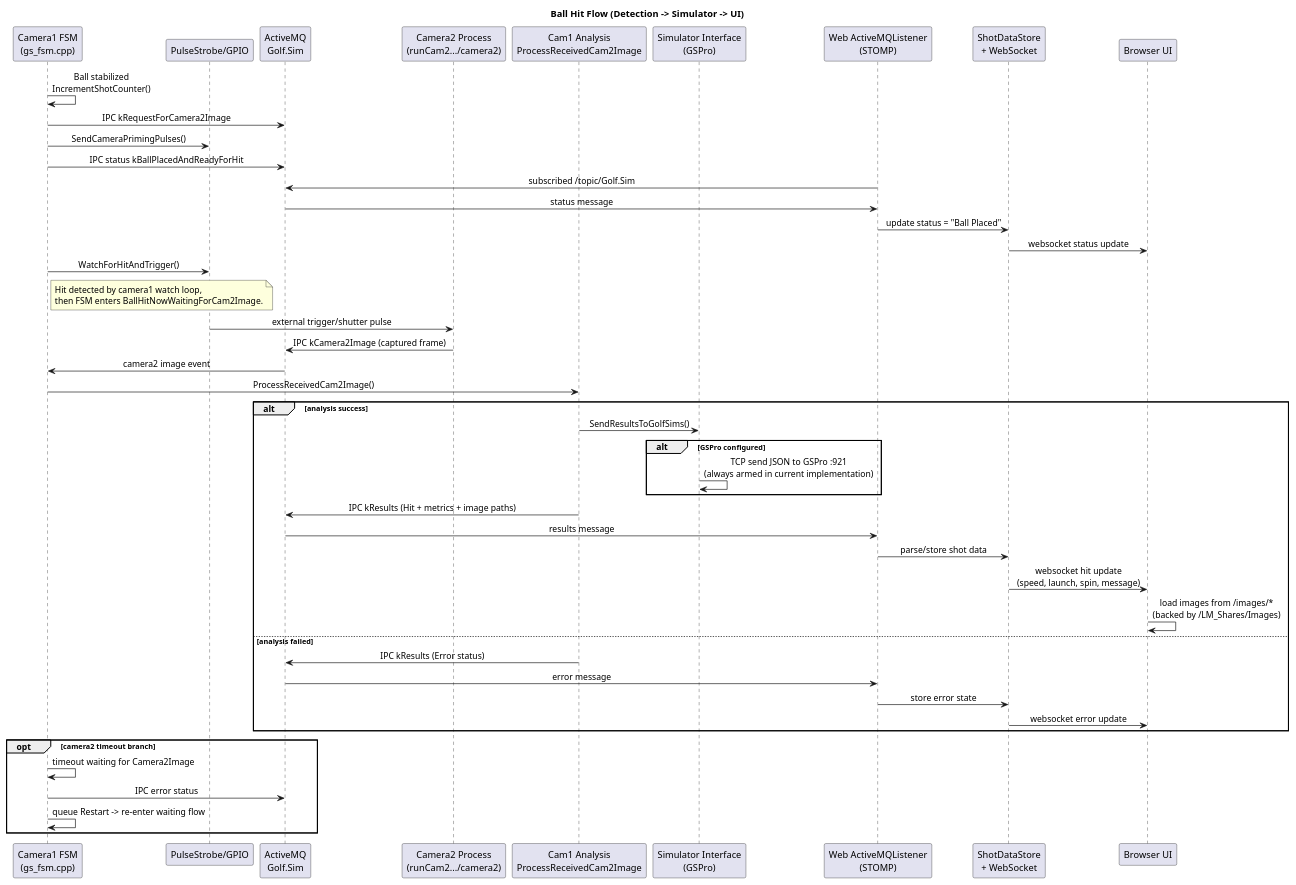
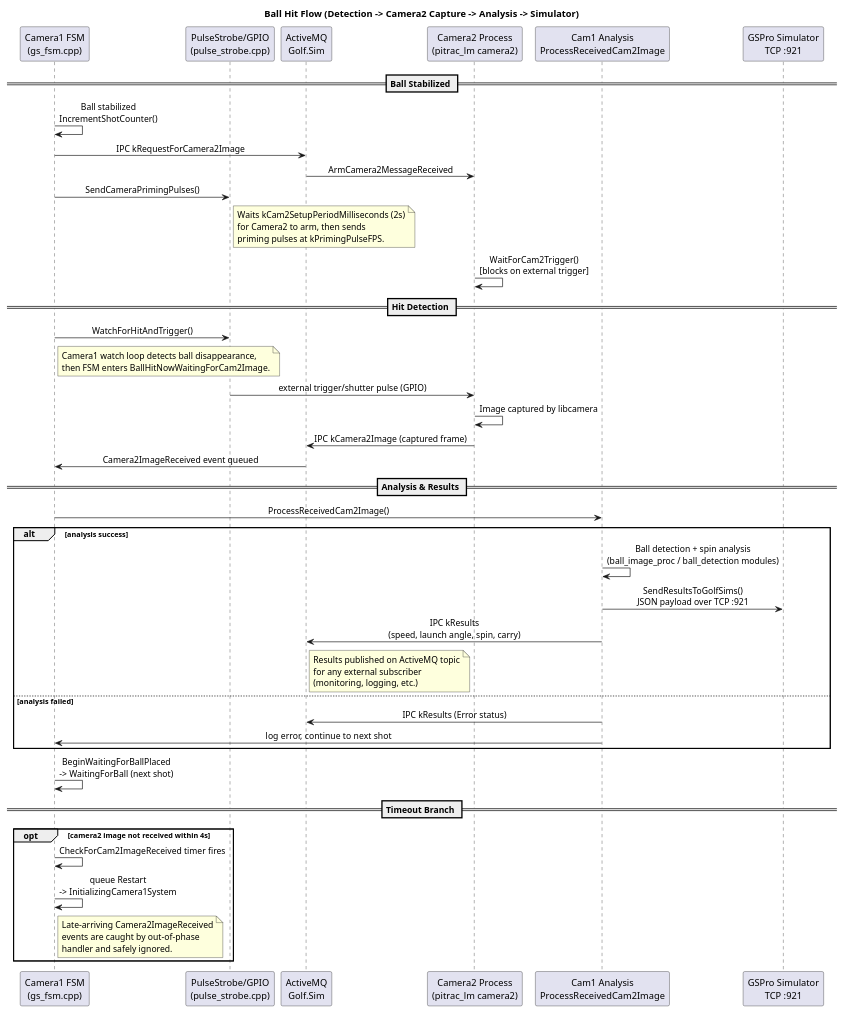
Before and after one commit to digitalhand/pitrac-light: the diagram in assets/diagram/golf-simulator-ball-hit-flow.puml, drawn with PlantUML. The commit also changed 20 other files, not shown here.

```diff
--- a/assets/diagram/golf-simulator-ball-hit-flow.puml
+++ b/assets/diagram/golf-simulator-ball-hit-flow.puml
@@ -1,63 +1,77 @@
 @startuml
-title Ball Hit Flow (Detection -> Simulator -> UI)
+title Ball Hit Flow (Detection -> Camera2 Capture -> Analysis -> Simulator)
 
 skinparam shadowing false
 skinparam backgroundColor white
 skinparam sequenceMessageAlign center
 skinparam responseMessageBelowArrow true
 
 participant "Camera1 FSM\n(gs_fsm.cpp)" as FSM
-participant "PulseStrobe/GPIO" as STROBE
+participant "PulseStrobe/GPIO\n(pulse_strobe.cpp)" as STROBE
 participant "ActiveMQ\nGolf.Sim" as MQ
-participant "Camera2 Process\n(runCam2.../camera2)" as CAM2
+participant "Camera2 Process\n(pitrac_lm camera2)" as CAM2
 participant "Cam1 Analysis\nProcessReceivedCam2Image" as ANALYSIS
-participant "Simulator Interface\n(GSPro)" as SIM
-participant "Web ActiveMQListener\n(STOMP)" as WEBL
-participant "ShotDataStore\n+ WebSocket" as WEB
-participant "Browser UI" as UI
+participant "GSPro Simulator\nTCP :921" as SIM
+
+== Ball Stabilized ==
 
 FSM -> FSM : Ball stabilized\nIncrementShotCounter()
 FSM -> MQ : IPC kRequestForCamera2Image
+MQ -> CAM2 : ArmCamera2MessageReceived
+
 FSM -> STROBE : SendCameraPrimingPulses()
-FSM -> MQ : IPC status kBallPlacedAndReadyForHit
-WEBL -> MQ : subscribed /topic/Golf.Sim
-MQ -> WEBL : status message
-WEBL -> WEB : update status = "Ball Placed"
-WEB -> UI : websocket status update
+
+note right of STROBE
+  Waits kCam2SetupPeriodMilliseconds (2s)
+  for Camera2 to arm, then sends
+  priming pulses at kPrimingPulseFPS.
+end note
+
+CAM2 -> CAM2 : WaitForCam2Trigger()\n[blocks on external trigger]
+
+== Hit Detection ==
 
 FSM -> STROBE : WatchForHitAndTrigger()
 note right of FSM
-Hit detected by camera1 watch loop,
-then FSM enters BallHitNowWaitingForCam2Image.
+  Camera1 watch loop detects ball disappearance,
+  then FSM enters BallHitNowWaitingForCam2Image.
 end note
 
-STROBE -> CAM2 : external trigger/shutter pulse
+STROBE -> CAM2 : external trigger/shutter pulse (GPIO)
+CAM2 -> CAM2 : Image captured by libcamera
 CAM2 -> MQ : IPC kCamera2Image (captured frame)
-MQ -> FSM : camera2 image event
+MQ -> FSM : Camera2ImageReceived event queued
+
+== Analysis & Results ==
+
 FSM -> ANALYSIS : ProcessReceivedCam2Image()
 
 alt analysis success
-  ANALYSIS -> SIM : SendResultsToGolfSims()
-  alt GSPro configured
-    SIM -> SIM : TCP send JSON to GSPro :921\n(always armed in current implementation)
-  end
-
-  ANALYSIS -> MQ : IPC kResults (Hit + metrics + image paths)
-  MQ -> WEBL : results message
-  WEBL -> WEB : parse/store shot data
-  WEB -> UI : websocket hit update\n(speed, launch, spin, message)
-  UI -> UI : load images from /images/*\n(backed by ~/LM_Shares/Images)
+  ANALYSIS -> ANALYSIS : Ball detection + spin analysis\n(ball_image_proc / ball_detection modules)
+  ANALYSIS -> SIM : SendResultsToGolfSims()\nJSON payload over TCP :921
+  ANALYSIS -> MQ : IPC kResults\n(speed, launch angle, spin, carry)
+  note right of MQ
+    Results published on ActiveMQ topic
+    for any external subscriber
+    (monitoring, logging, etc.)
+  end note
 else analysis failed
   ANALYSIS -> MQ : IPC kResults (Error status)
-  MQ -> WEBL : error message
-  WEBL -> WEB : store error state
-  WEB -> UI : websocket error update
+  ANALYSIS -> FSM : log error, continue to next shot
 end
 
-opt camera2 timeout branch
-  FSM -> FSM : timeout waiting for Camera2Image
-  FSM -> MQ : IPC error status
-  FSM -> FSM : queue Restart -> re-enter waiting flow
+FSM -> FSM : BeginWaitingForBallPlaced\n-> WaitingForBall (next shot)
+
+== Timeout Branch ==
+
+opt camera2 image not received within 4s
+  FSM -> FSM : CheckForCam2ImageReceived timer fires
+  FSM -> FSM : queue Restart\n-> InitializingCamera1System
+  note right of FSM
+    Late-arriving Camera2ImageReceived
+    events are caught by out-of-phase
+    handler and safely ignored.
+  end note
 end
 
 @enduml
```
